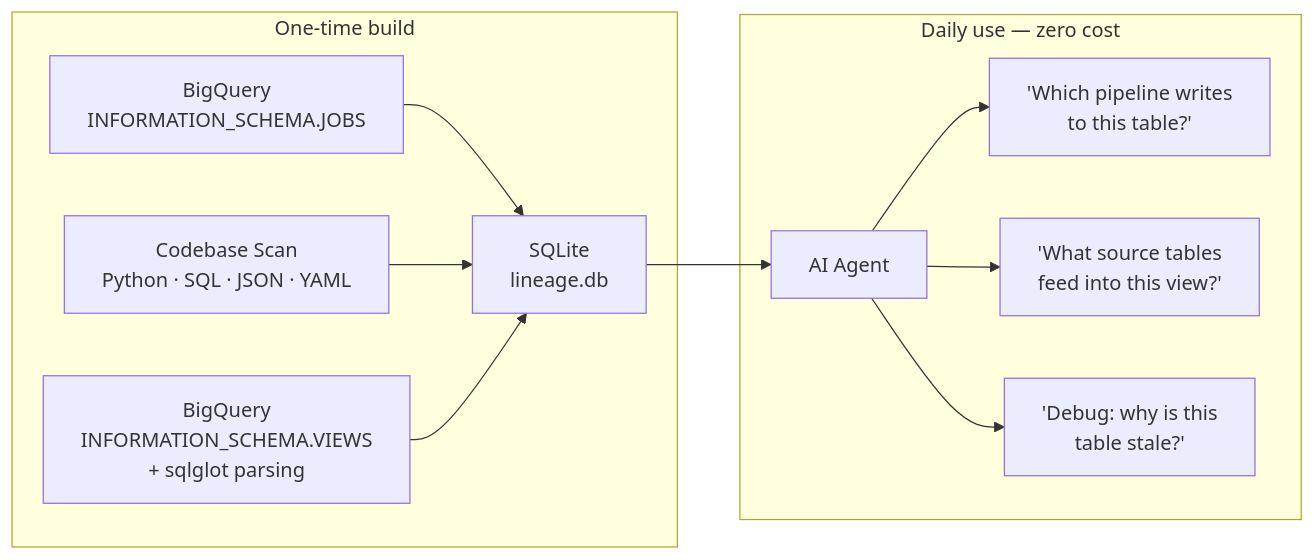
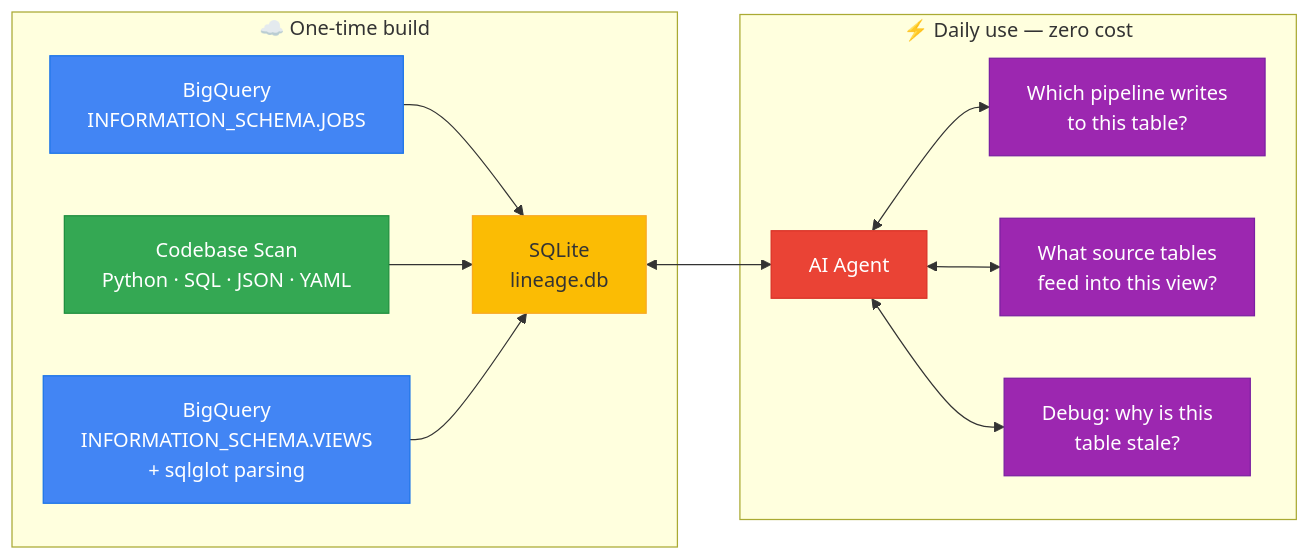
The diagram in README.md (drharunyuksel/claude-code-lineage-explorer), drawn with Mermaid before and after one commit.

Commit message:
Add colors and bidirectional arrows to workflow diagram

````diff
--- a/README.md
+++ b/README.md
@@ -49,15 +49,21 @@
 ```mermaid
 flowchart LR
-    subgraph build ["One-time build"]
-        A["BigQuery\nINFORMATION_SCHEMA.JOBS"] --> D["SQLite\nlineage.db"]
-        B["Codebase Scan\nPython · SQL · JSON · YAML"] --> D
-        C["BigQuery\nINFORMATION_SCHEMA.VIEWS\n+ sqlglot parsing"] --> D
+    subgraph build ["☁️ One-time build"]
+        A["BigQuery\nINFORMATION_SCHEMA.JOBS"]:::bq --> D["SQLite\nlineage.db"]:::db
+        B["Codebase Scan\nPython · SQL · JSON · YAML"]:::code --> D
+        C["BigQuery\nINFORMATION_SCHEMA.VIEWS\n+ sqlglot parsing"]:::bq --> D
     end
 
-    subgraph use ["Daily use — zero cost"]
-        D --> E["AI Agent"]
-        E --> F["'Which pipeline writes\nto this table?'"]
-        E --> G["'What source tables\nfeed into this view?'"]
-        E --> H["'Debug: why is this\ntable stale?'"]
+    subgraph use ["⚡ Daily use — zero cost"]
+        D <--> E["AI Agent"]:::agent
+        E <--> F["Which pipeline writes\nto this table?"]:::question
+        E <--> G["What source tables\nfeed into this view?"]:::question
+        E <--> H["Debug: why is this\ntable stale?"]:::question
     end
+
+    classDef bq fill:#4285F4,stroke:#1a73e8,color:#fff
+    classDef code fill:#34A853,stroke:#1e8e3e,color:#fff
+    classDef db fill:#FBBC04,stroke:#f9a825,color:#333
+    classDef agent fill:#EA4335,stroke:#d93025,color:#fff
+    classDef question fill:#9C27B0,stroke:#7B1FA2,color:#fff
 ```
````
